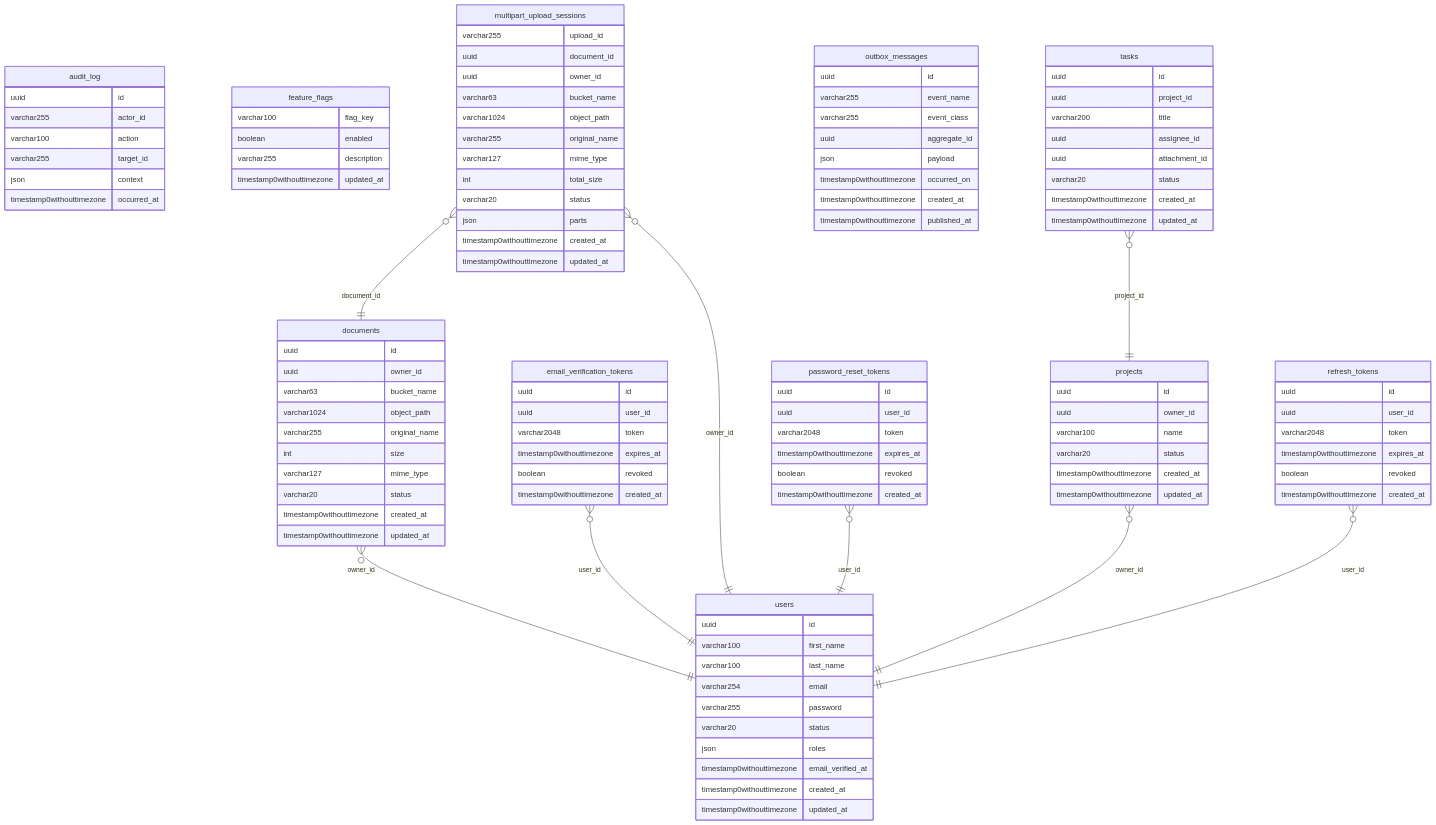
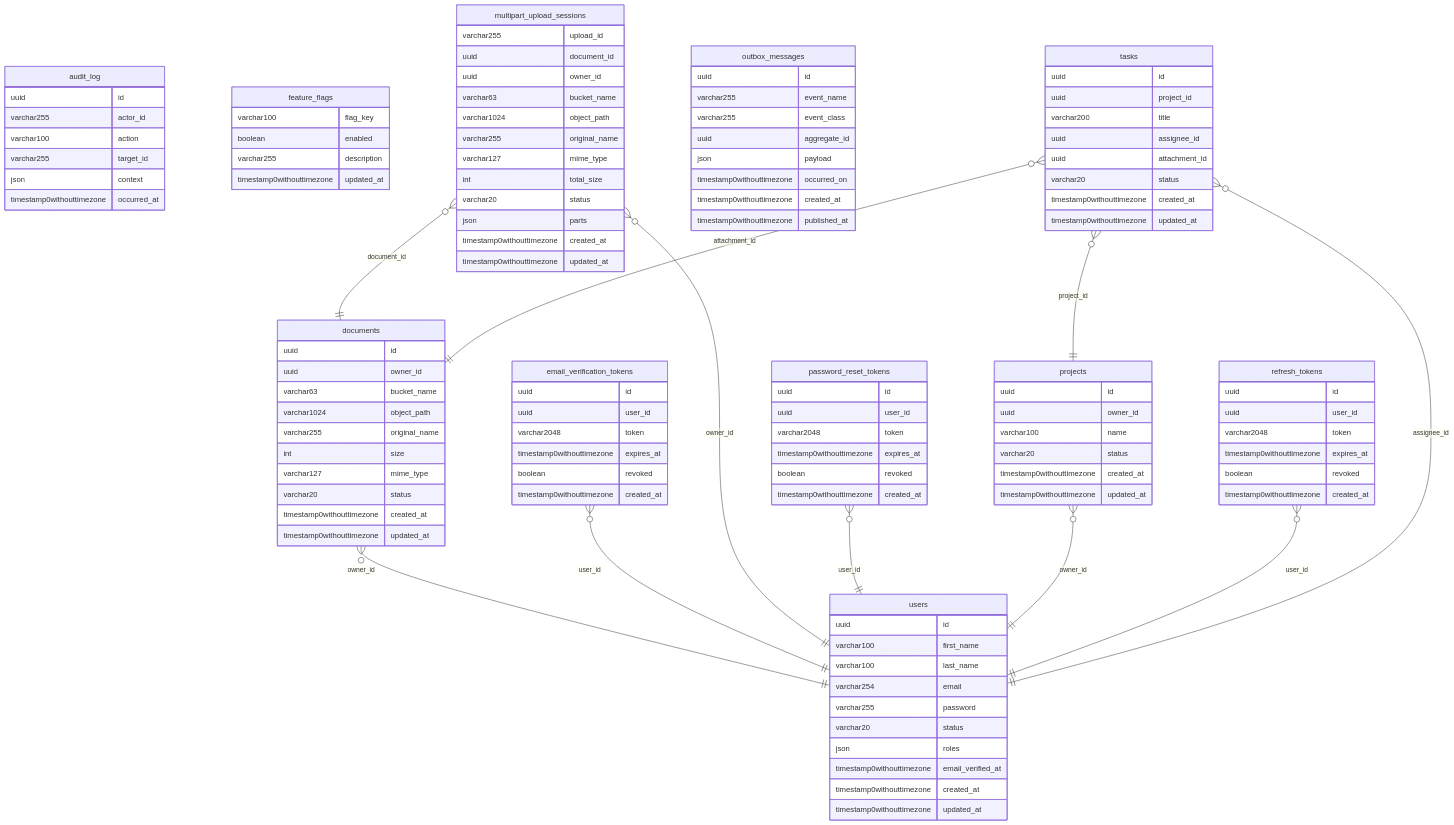
The diagram in docs/er-diagram.md (SorenMesselier-Sentis/template-ddd-symfony-api), drawn with Mermaid before and after one commit. The commit also changed 8 other files, not shown here.

Commit message:
fix(fk): fix er diagram generation

````diff
--- a/docs/er-diagram.md
+++ b/docs/er-diagram.md
@@ -113,5 +113,7 @@
     password_reset_tokens }o--|| users : "user_id"
     projects }o--|| users : "owner_id"
     refresh_tokens }o--|| users : "user_id"
+    tasks }o--|| documents : "attachment_id"
     tasks }o--|| projects : "project_id"
+    tasks }o--|| users : "assignee_id"
 ```
````
